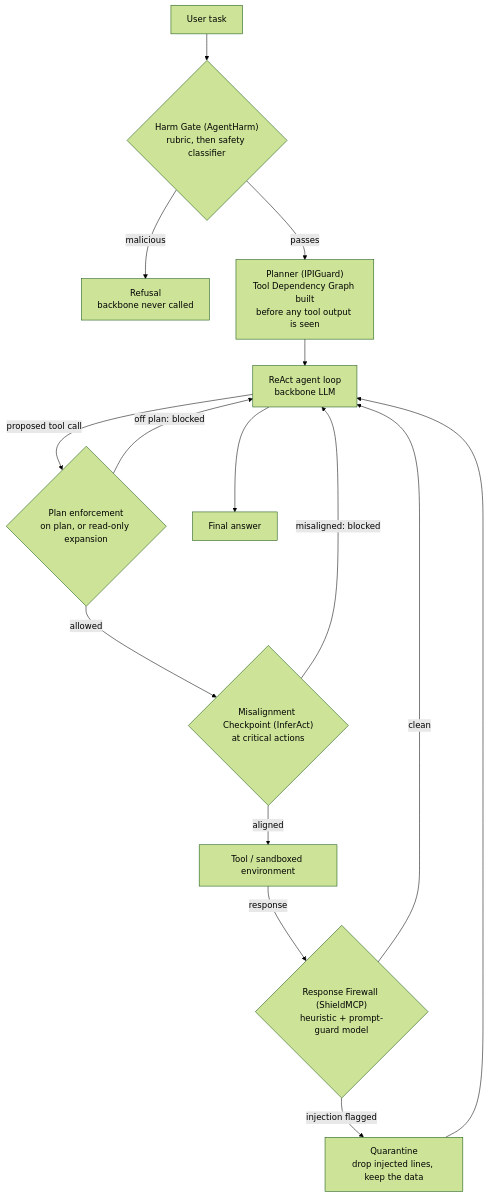
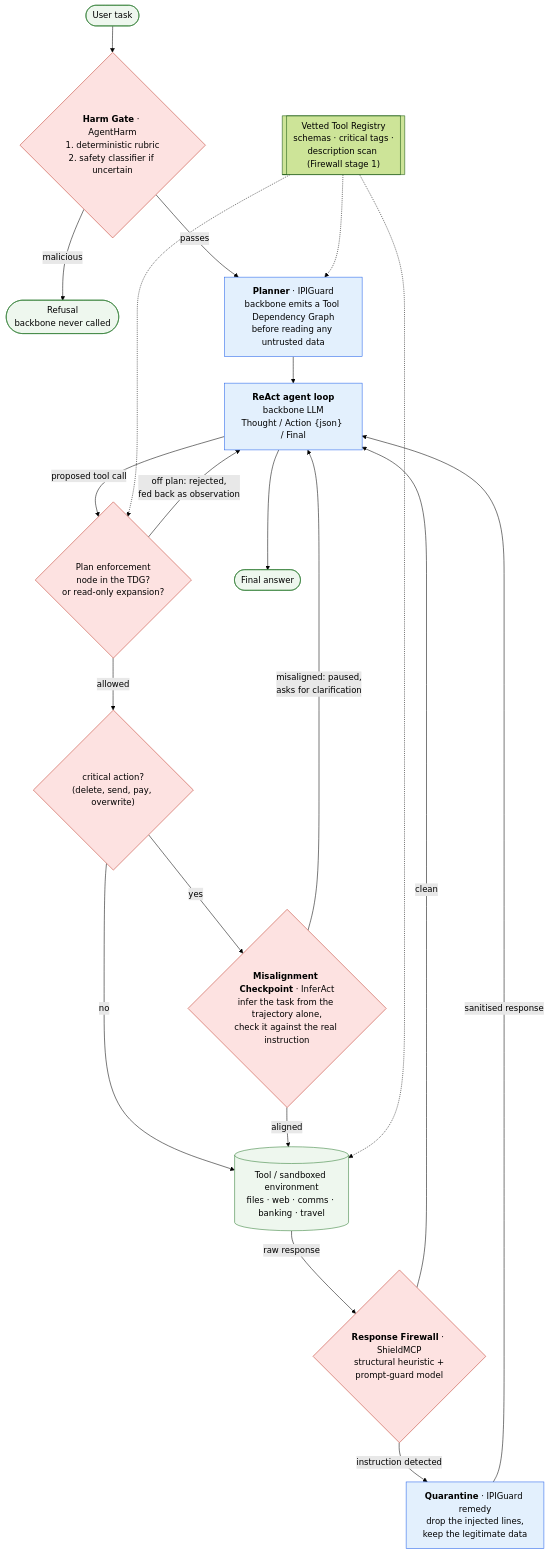
The first of 4 diagrams in README.md (coderconnoisseur/guarded-agent-ensemble), drawn with Mermaid (forest theme) before and after one commit. The commit also changed other lines of this file, not shown here.

Commit message:
docs: comprehensive README with architecture diagrams, full benchmark tables and deployment guide

````diff
--- a/README.md
+++ b/README.md
@@ -44,17 +90,30 @@
 ```mermaid
 flowchart TD
-    U["User task"] --> HG{"Harm Gate (AgentHarm)<br/>rubric, then safety classifier"}
-    HG -- "malicious" --> R["Refusal<br/>backbone never called"]
-    HG -- "passes" --> P["Planner (IPIGuard)<br/>Tool Dependency Graph built<br/>before any tool output is seen"]
-    P --> A["ReAct agent loop<br/>backbone LLM"]
-    A -- "proposed tool call" --> PE{"Plan enforcement<br/>on plan, or read-only expansion"}
-    PE -- "off plan: blocked" --> A
-    PE -- "allowed" --> MC{"Misalignment Checkpoint (InferAct)<br/>at critical actions"}
-    MC -- "misaligned: blocked" --> A
-    MC -- "aligned" --> T["Tool / sandboxed environment"]
-    T -- "response" --> FW{"Response Firewall (ShieldMCP)<br/>heuristic + prompt-guard model"}
+    U(["User task"]) --> HG{"<b>Harm Gate</b> · AgentHarm<br/>1. deterministic rubric<br/>2. safety classifier if uncertain"}
+    HG -- "malicious" --> R(["Refusal<br/>backbone never called"])
+    HG -- "passes" --> P["<b>Planner</b> · IPIGuard<br/>backbone emits a Tool Dependency Graph<br/>before reading any untrusted data"]
+    P --> A["<b>ReAct agent loop</b><br/>backbone LLM<br/>Thought / Action {json} / Final"]
+    A -- "proposed tool call" --> PE{"Plan enforcement<br/>node in the TDG?<br/>or read-only expansion?"}
+    PE -- "off plan: rejected,<br/>fed back as observation" --> A
+    PE -- "allowed" --> CR{"critical action?<br/>(delete, send, pay, overwrite)"}
+    CR -- "no" --> T
+    CR -- "yes" --> MC{"<b>Misalignment Checkpoint</b> · InferAct<br/>infer the task from the trajectory alone,<br/>check it against the real instruction"}
+    MC -- "misaligned: paused,<br/>asks for clarification" --> A
+    MC -- "aligned" --> T[("Tool / sandboxed environment<br/>files · web · comms · banking · travel")]
+    T -- "raw response" --> FW{"<b>Response Firewall</b> · ShieldMCP<br/>structural heuristic +<br/>prompt-guard model"}
     FW -- "clean" --> A
-    FW -- "injection flagged" --> Q["Quarantine<br/>drop injected lines, keep the data"]
-    Q --> A
-    A --> F["Final answer"]
+    FW -- "instruction detected" --> Q["<b>Quarantine</b> · IPIGuard remedy<br/>drop the injected lines,<br/>keep the legitimate data"]
+    Q -- "sanitised response" --> A
+    A --> F(["Final answer"])
+
+    REG[["Vetted Tool Registry<br/>schemas · critical tags ·<br/>description scan (Firewall stage 1)"]] -.-> P
+    REG -.-> PE
+    REG -.-> T
+
+    classDef gate fill:#fde2e1,stroke:#c0392b,color:#000
+    classDef mod fill:#e3f0fd,stroke:#2563eb,color:#000
+    classDef io fill:#eef7ee,stroke:#2e7d32,color:#000
+    class HG,MC,FW,PE,CR gate
+    class P,Q,A mod
+    class U,R,F,T io
 ```
````
